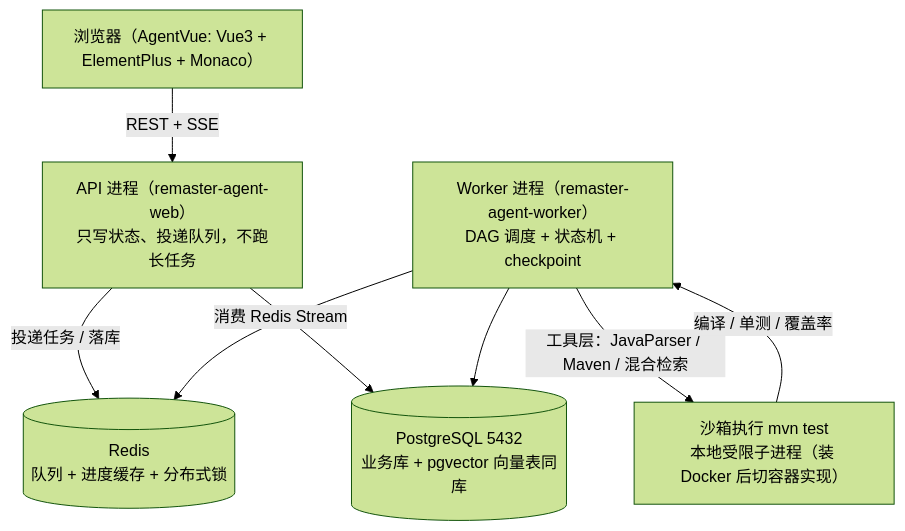
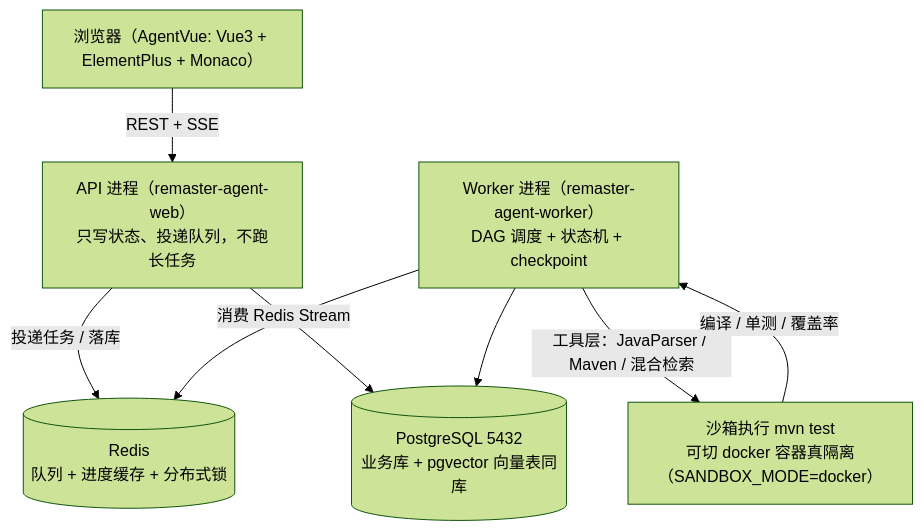
One commit to nie-crossroads/remaster-agent changed the first of 2 diagrams in README.md. Above: the diagram before and after it, drawn with Mermaid (forest theme). The commit also changed other lines of this file and 12 other files, not shown here.

````diff
--- a/README.md
+++ b/README.md
@@ -20,17 +20,17 @@
 ```mermaid
 flowchart TD
     Browser["浏览器（AgentVue: Vue3 + ElementPlus + Monaco）"]
     API["API 进程（remaster-agent-web）<br/>只写状态、投递队列，不跑长任务"]
     Worker["Worker 进程（remaster-agent-worker）<br/>DAG 调度 + 状态机 + checkpoint"]
-    Sandbox["沙箱执行 mvn test<br/>本地受限子进程（装 Docker 后切容器实现）"]
+    Sandbox["沙箱执行 mvn test<br/>可切 docker 容器真隔离（SANDBOX_MODE=docker）"]
     DB[("PostgreSQL 5432<br/>业务库 + pgvector 向量表同库")]
     Redis[("Redis<br/>队列 + 进度缓存 + 分布式锁")]
 
     Browser -->|"REST + SSE"| API
     API -->|"投递任务 / 落库"| Redis
     API --> DB
     Worker -->|"消费 Redis Stream"| Redis
     Worker --> DB
     Worker -->|"工具层：JavaParser / Maven / 混合检索"| Sandbox
     Sandbox -->|"编译 / 单测 / 覆盖率"| Worker
 ```
````
